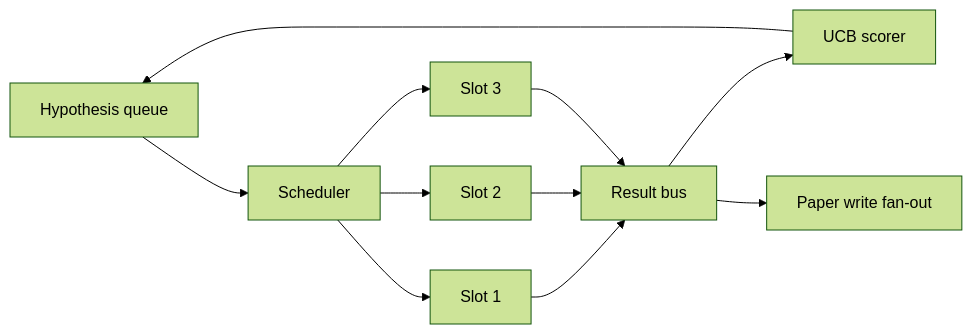
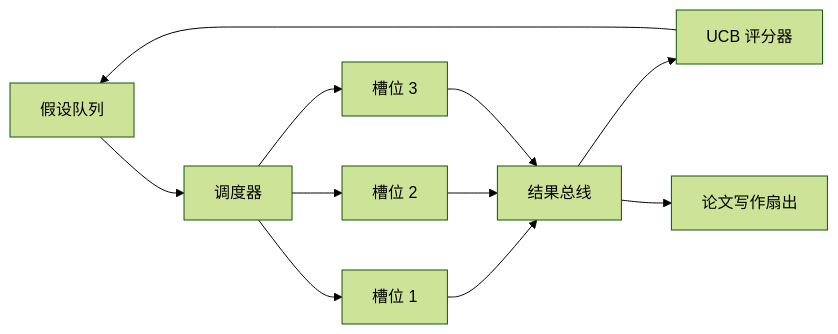
One commit to alessandrodinisio-ai/ai-engineering-learning-framework changed the first of 3 diagrams in phases/19-capstone-projects/56-iteration-scheduler/docs/zh.md. Above: the diagram before and after it, drawn with Mermaid (forest theme). The commit also changed other lines of this file and 120 other files, not shown here.

First line of the commit message:
i18n(mermaid): 337 个 mermaid 图表标签中文化

````diff
--- a/phases/19-capstone-projects/56-iteration-scheduler/docs/zh.md
+++ b/phases/19-capstone-projects/56-iteration-scheduler/docs/zh.md
@@ -26,13 +26,13 @@
 ```mermaid
 flowchart LR
-    Queue[Hypothesis queue] --> Sched[Scheduler]
-    Sched --> Slot1[Slot 1]
-    Sched --> Slot2[Slot 2]
-    Sched --> Slot3[Slot 3]
-    Slot1 --> Bus[Result bus]
+    Queue[假设队列] --> Sched[调度器]
+    Sched --> Slot1[槽位 1]
+    Sched --> Slot2[槽位 2]
+    Sched --> Slot3[槽位 3]
+    Slot1 --> Bus[结果总线]
     Slot2 --> Bus
     Slot3 --> Bus
-    Bus --> Score[UCB scorer]
+    Bus --> Score[UCB 评分器]
     Score --> Queue
-    Bus --> Paper[Paper write fan-out]
+    Bus --> Paper[论文写作扇出]
 ```
````
